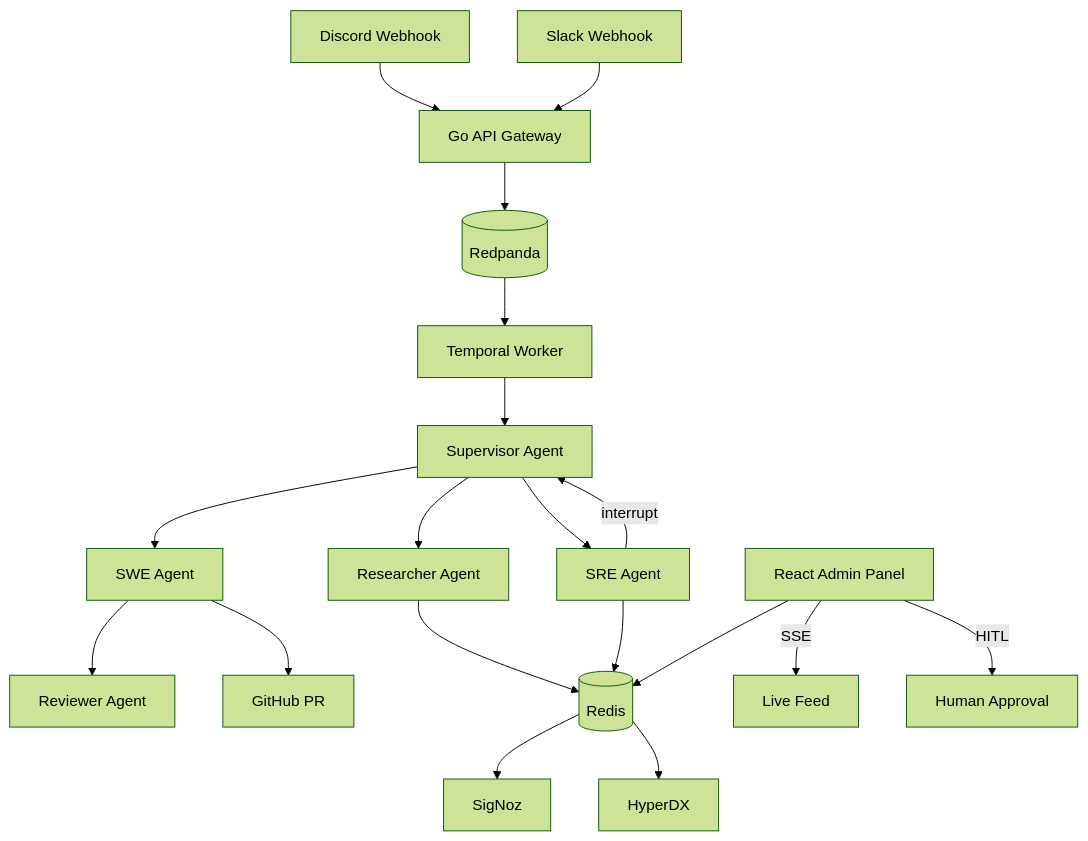
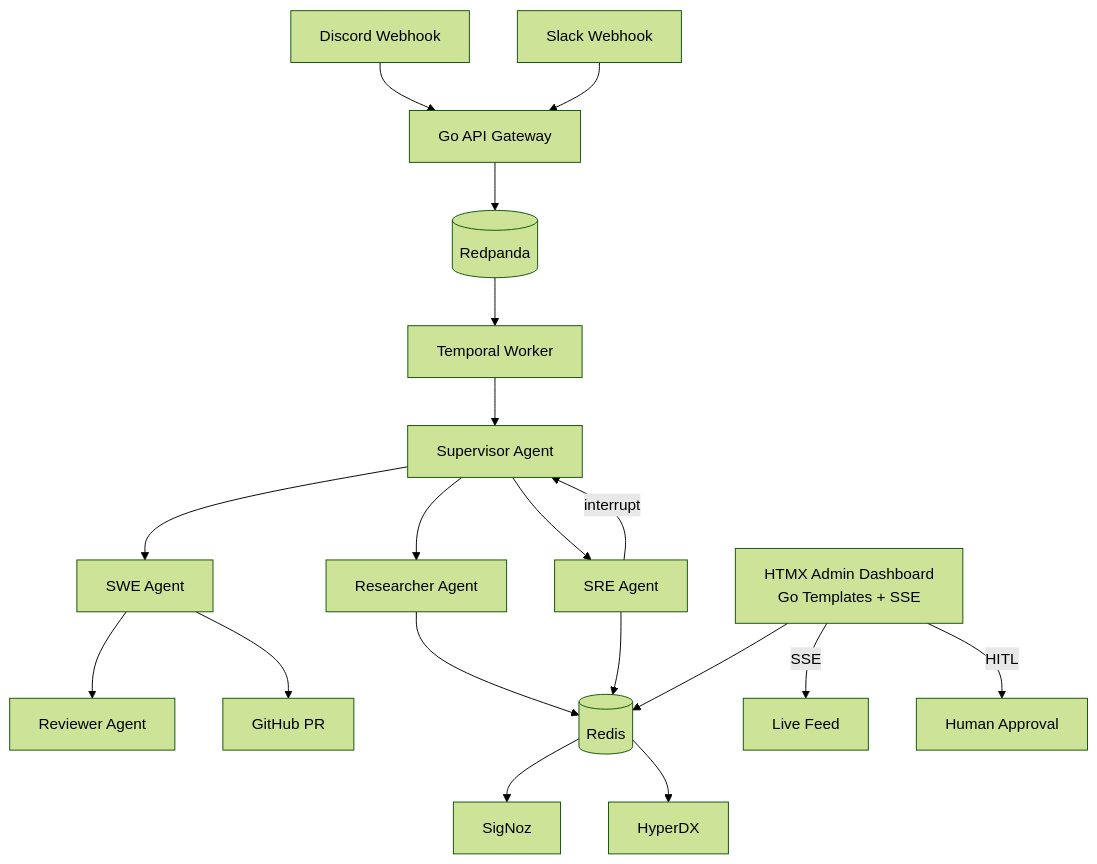
The first of 2 diagrams in README.md (Aparnap2/sarthi_ai), drawn with Mermaid (forest theme) before and after one commit.

Commit message:
docs(readme): update architecture diagram to reflect HTMX frontend instead of React
- Change 'React Admin Panel' to 'HTMX Admin Dashboard'
- Add 'Go Templates + SSE' annotation for clarity
- Ensures diagram matches actual implementation (htmx, not React)

````diff
--- a/README.md
+++ b/README.md
@@ -113,21 +113,21 @@
 ```mermaid
 graph TD
     Discord[Discord Webhook] --> GoAPI[Go API Gateway]
     Slack[Slack Webhook] --> GoAPI
     GoAPI --> Redpanda[(Redpanda)]
     Redpanda --> Temporal[Temporal Worker]
     Temporal --> Supervisor[Supervisor Agent]
     Supervisor --> Researcher[Researcher Agent]
     Supervisor --> SRE[SRE Agent]
     Supervisor --> SWE[SWE Agent]
     SWE --> Reviewer[Reviewer Agent]
     SWE --> GitHub[GitHub PR]
     Researcher --> Redis[(Redis)]
     SRE --> Redis
     SRE -->|interrupt| Supervisor
     Redis --> SigNoz[SigNoz]
     Redis --> HyperDX[HyperDX]
-    AdminPanel[React Admin Panel] --> Redis
+    AdminPanel[HTMX Admin Dashboard<br/>Go Templates + SSE] --> Redis
     AdminPanel -->|SSE| LiveFeed[Live Feed]
     AdminPanel -->|HITL| Approval[Human Approval]
 ```
````
